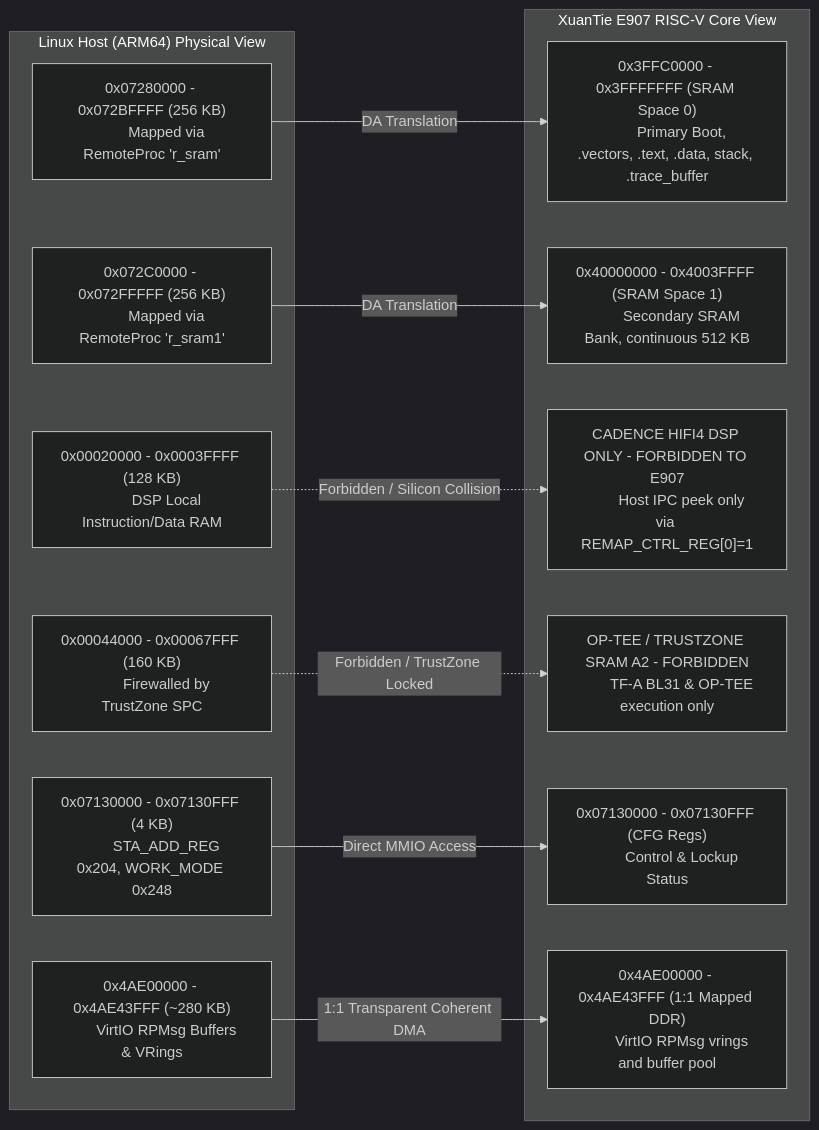
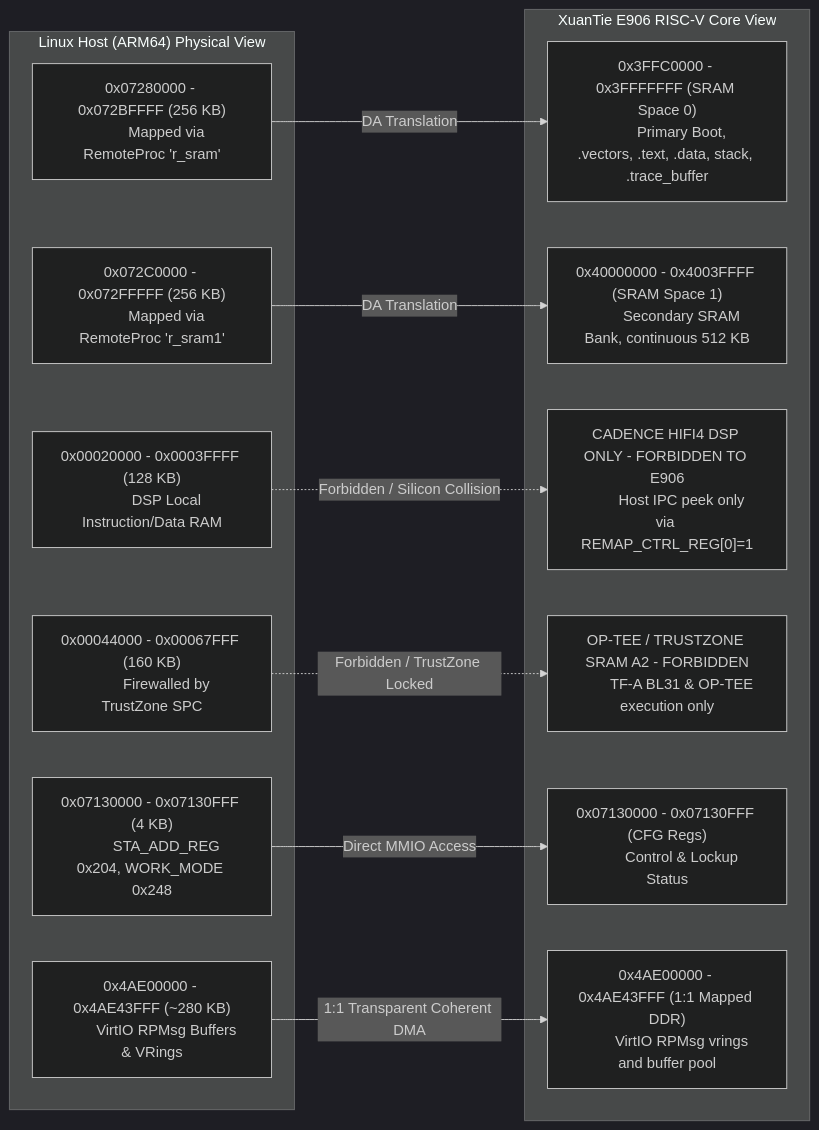
Before and after one commit to tcmichals/cubie-a5e: the second of 4 diagrams in docs/buildroot/HowToRISCV.md, drawn with Mermaid (dark theme). The commit also changed other lines of this file and 216 other files, not shown here.

````diff
--- a/docs/buildroot/HowToRISCV.md
+++ b/docs/buildroot/HowToRISCV.md
@@ -141,39 +141,39 @@
 ```mermaid
 flowchart LR
     subgraph Host["Linux Host (ARM64) Physical View"]
         H1["0x07280000 - 0x072BFFFF (256 KB)
         Mapped via RemoteProc 'r_sram'"]
         H2["0x072C0000 - 0x072FFFFF (256 KB)
         Mapped via RemoteProc 'r_sram1'"]
         H3["0x00020000 - 0x0003FFFF (128 KB)
         DSP Local Instruction/Data RAM"]
         H4["0x00044000 - 0x00067FFF (160 KB)
         Firewalled by TrustZone SPC"]
         H5["0x07130000 - 0x07130FFF (4 KB)
         STA_ADD_REG 0x204, WORK_MODE 0x248"]
         H6["0x4AE00000 - 0x4AE43FFF (~280 KB)
         VirtIO RPMsg Buffers & VRings"]
     end
 
-    subgraph E907["XuanTie E907 RISC-V Core View"]
+    subgraph E906["XuanTie E906 RISC-V Core View"]
         E1["0x3FFC0000 - 0x3FFFFFFF (SRAM Space 0)
         Primary Boot, .vectors, .text, .data, stack, .trace_buffer"]
         E2["0x40000000 - 0x4003FFFF (SRAM Space 1)
         Secondary SRAM Bank, continuous 512 KB"]
-        E3["CADENCE HIFI4 DSP ONLY - FORBIDDEN TO E907
+        E3["CADENCE HIFI4 DSP ONLY - FORBIDDEN TO E906
         Host IPC peek only via REMAP_CTRL_REG[0]=1"]
         E4["OP-TEE / TRUSTZONE SRAM A2 - FORBIDDEN
         TF-A BL31 & OP-TEE execution only"]
         E5["0x07130000 - 0x07130FFF (CFG Regs)
         Control & Lockup Status"]
         E6["0x4AE00000 - 0x4AE43FFF (1:1 Mapped DDR)
         VirtIO RPMsg vrings and buffer pool"]
     end
 
     H1 -->|"DA Translation"| E1
     H2 -->|"DA Translation"| E2
     H3 -.->|"Forbidden / Silicon Collision"| E3
     H4 -.->|"Forbidden / TrustZone Locked"| E4
     H5 -->|"Direct MMIO Access"| E5
     H6 -->|"1:1 Transparent Coherent DMA"| E6
 ```
````
